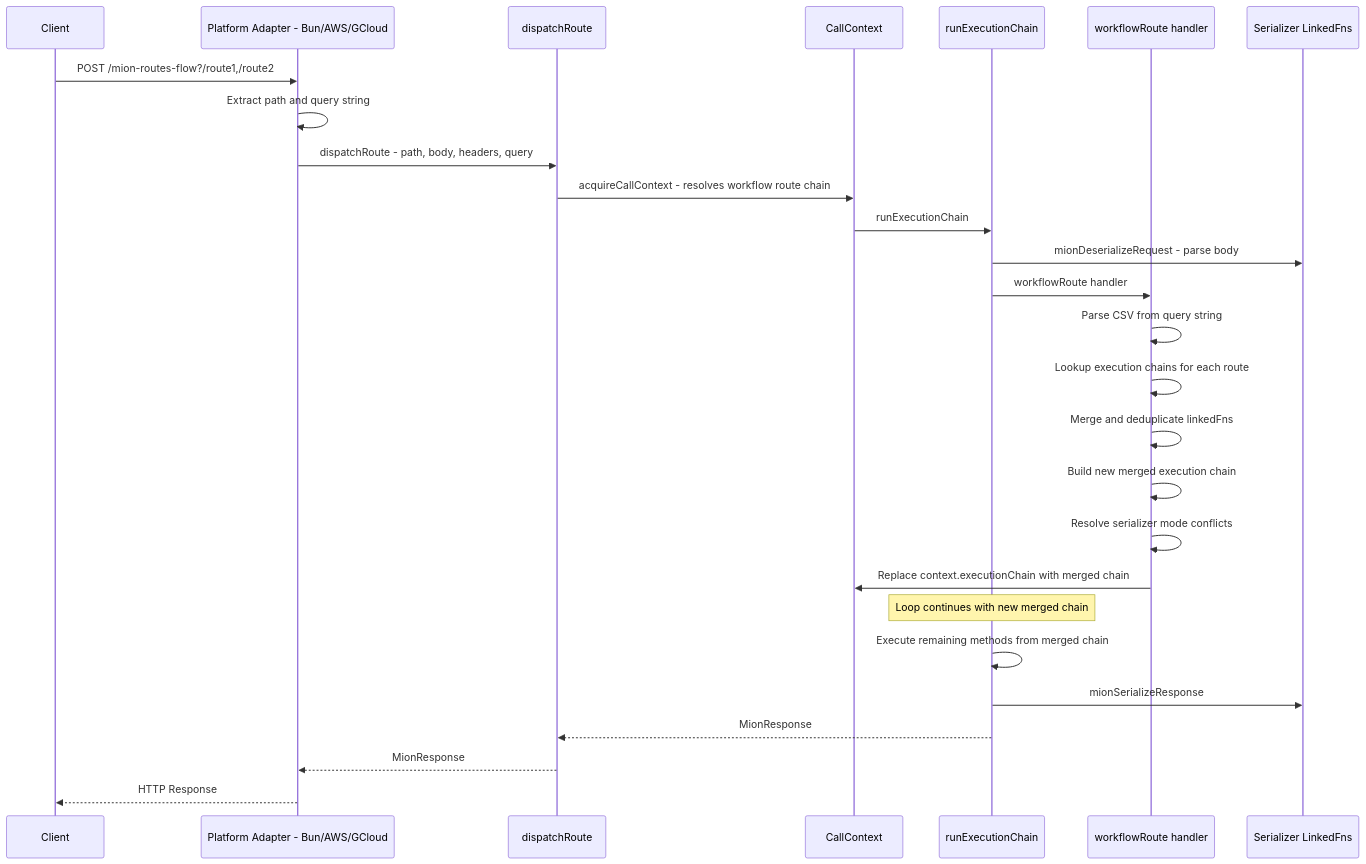
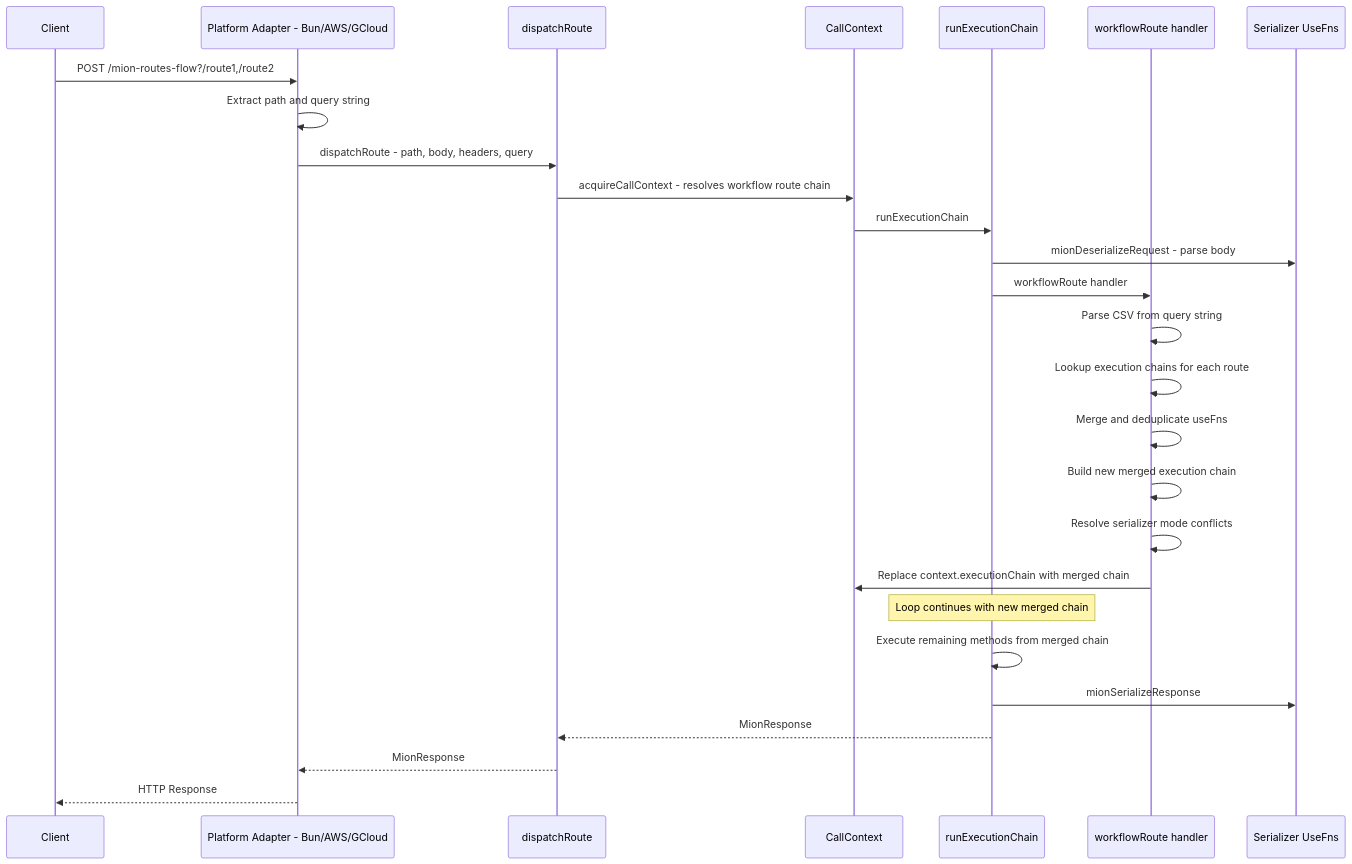
The first of 2 diagrams in plans/workflow-feature.md (MionKit/mion), drawn with Mermaid before and after one commit. The commit also changed other lines of this file and 71 other files, not shown here.

Commit message:
update linkedFns to to useFn

````diff
--- a/plans/workflow-feature.md
+++ b/plans/workflow-feature.md
@@ -15,30 +15,30 @@
 ```mermaid
 sequenceDiagram
     participant Client
     participant Adapter as Platform Adapter - Bun/AWS/GCloud
     participant Dispatch as dispatchRoute
     participant Context as CallContext
     participant Chain as runExecutionChain
     participant WF as workflowRoute handler
-    participant Serializer as Serializer LinkedFns
+    participant Serializer as Serializer UseFns
 
     Client->>Adapter: POST /mion-routes-flow?/route1,/route2
     Adapter->>Adapter: Extract path and query string
     Adapter->>Dispatch: dispatchRoute - path, body, headers, query
     Dispatch->>Context: acquireCallContext - resolves workflow route chain
     Context->>Chain: runExecutionChain
     Chain->>Serializer: mionDeserializeRequest - parse body
     Chain->>WF: workflowRoute handler
     WF->>WF: Parse CSV from query string
     WF->>WF: Lookup execution chains for each route
-    WF->>WF: Merge and deduplicate linkedFns
+    WF->>WF: Merge and deduplicate useFns
     WF->>WF: Build new merged execution chain
     WF->>WF: Resolve serializer mode conflicts
     WF->>Context: Replace context.executionChain with merged chain
     Note over Chain: Loop continues with new merged chain
     Chain->>Chain: Execute remaining methods from merged chain
     Chain->>Serializer: mionSerializeResponse
     Chain-->>Dispatch: MionResponse
     Dispatch-->>Adapter: MionResponse
     Adapter-->>Client: HTTP Response
 ```
````
